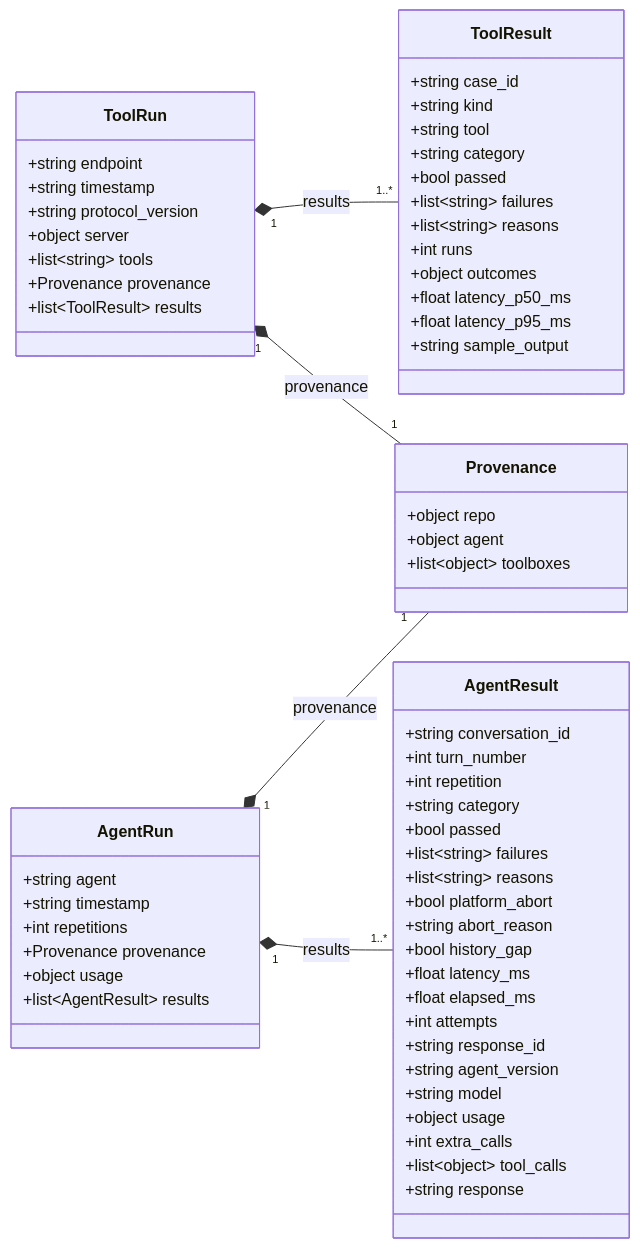
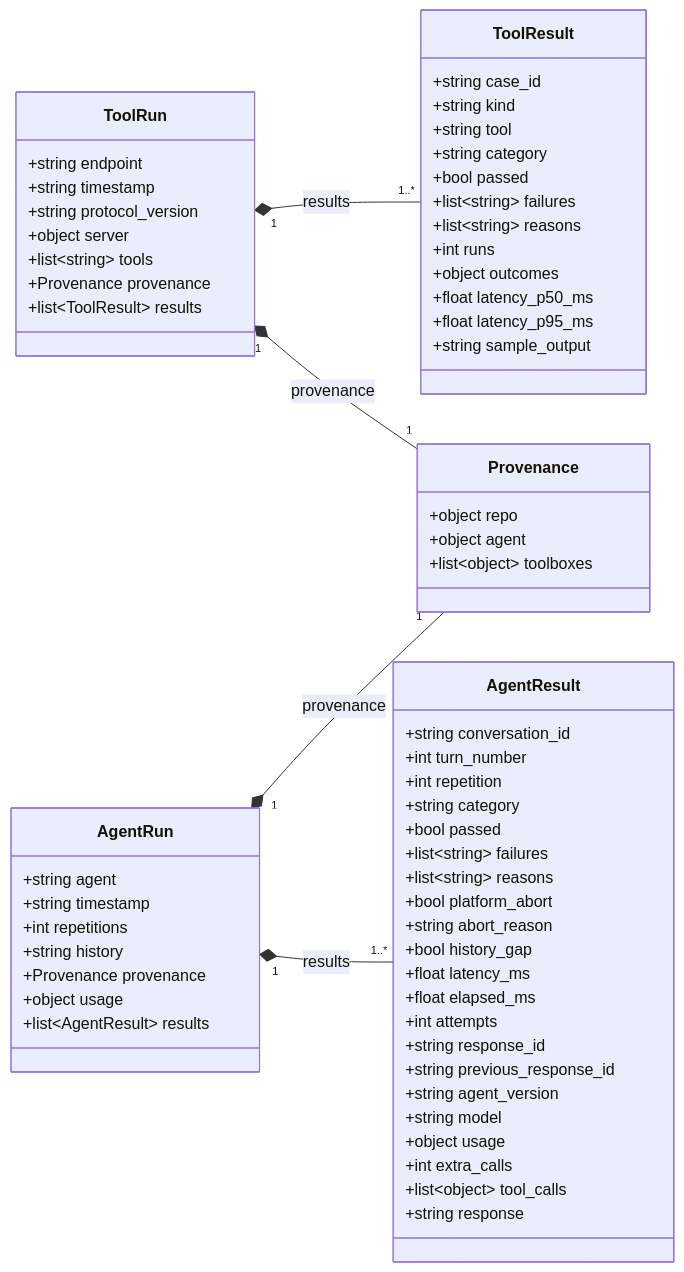
Before and after one commit to bradrlaw/foundryToolboxEval: the fifth of 17 diagrams in docs/architecture.md, drawn with Mermaid. The commit also changed other lines of this file and 15 other files, not shown here.

````diff
--- a/docs/architecture.md
+++ b/docs/architecture.md
@@ -248,66 +248,68 @@
 ```mermaid
 classDiagram
     direction LR
     class ToolRun {
         +string endpoint
         +string timestamp
         +string protocol_version
         +object server
         +list~string~ tools
         +Provenance provenance
         +list~ToolResult~ results
     }
     class ToolResult {
         +string case_id
         +string kind
         +string tool
         +string category
         +bool passed
         +list~string~ failures
         +list~string~ reasons
         +int runs
         +object outcomes
         +float latency_p50_ms
         +float latency_p95_ms
         +string sample_output
     }
     class AgentRun {
         +string agent
         +string timestamp
         +int repetitions
+        +string history
         +Provenance provenance
         +object usage
         +list~AgentResult~ results
     }
     class Provenance {
         +object repo
         +object agent
         +list~object~ toolboxes
     }
     class AgentResult {
         +string conversation_id
         +int turn_number
         +int repetition
         +string category
         +bool passed
         +list~string~ failures
         +list~string~ reasons
         +bool platform_abort
         +string abort_reason
         +bool history_gap
         +float latency_ms
         +float elapsed_ms
         +int attempts
         +string response_id
+        +string previous_response_id
         +string agent_version
         +string model
         +object usage
         +int extra_calls
         +list~object~ tool_calls
         +string response
     }
     ToolRun "1" *-- "1..*" ToolResult : results
     AgentRun "1" *-- "1..*" AgentResult : results
     ToolRun "1" *-- "1" Provenance : provenance
     AgentRun "1" *-- "1" Provenance : provenance
 ```
````
